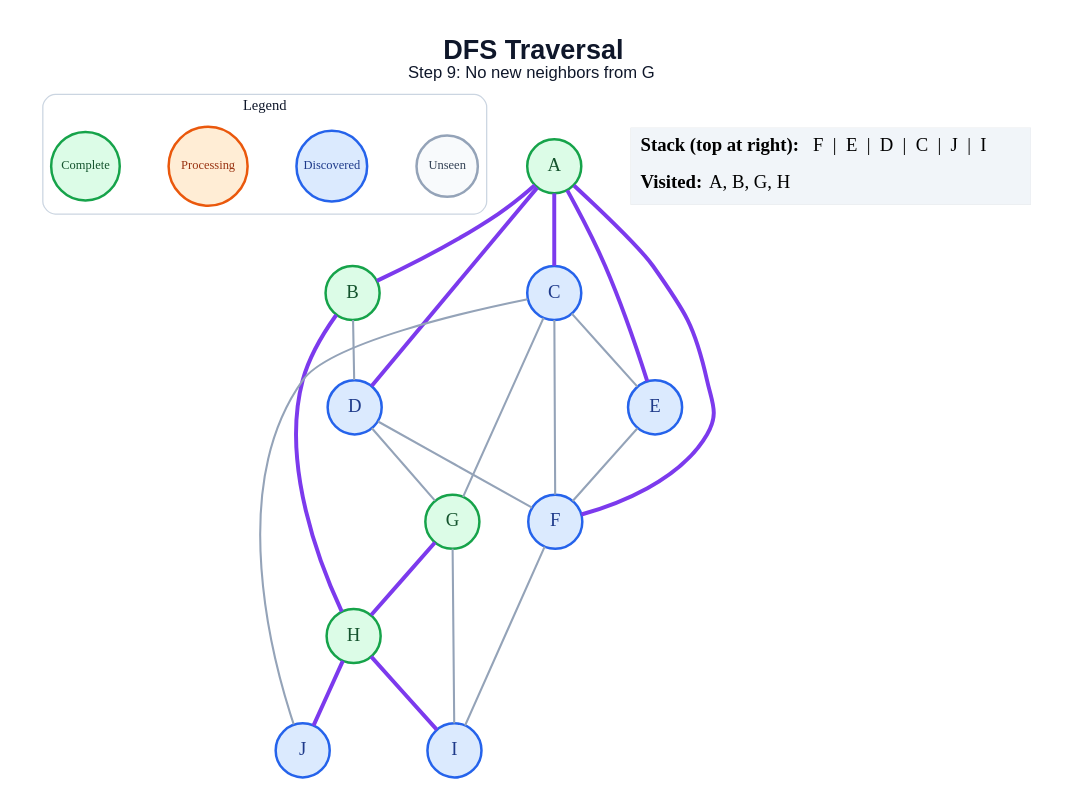
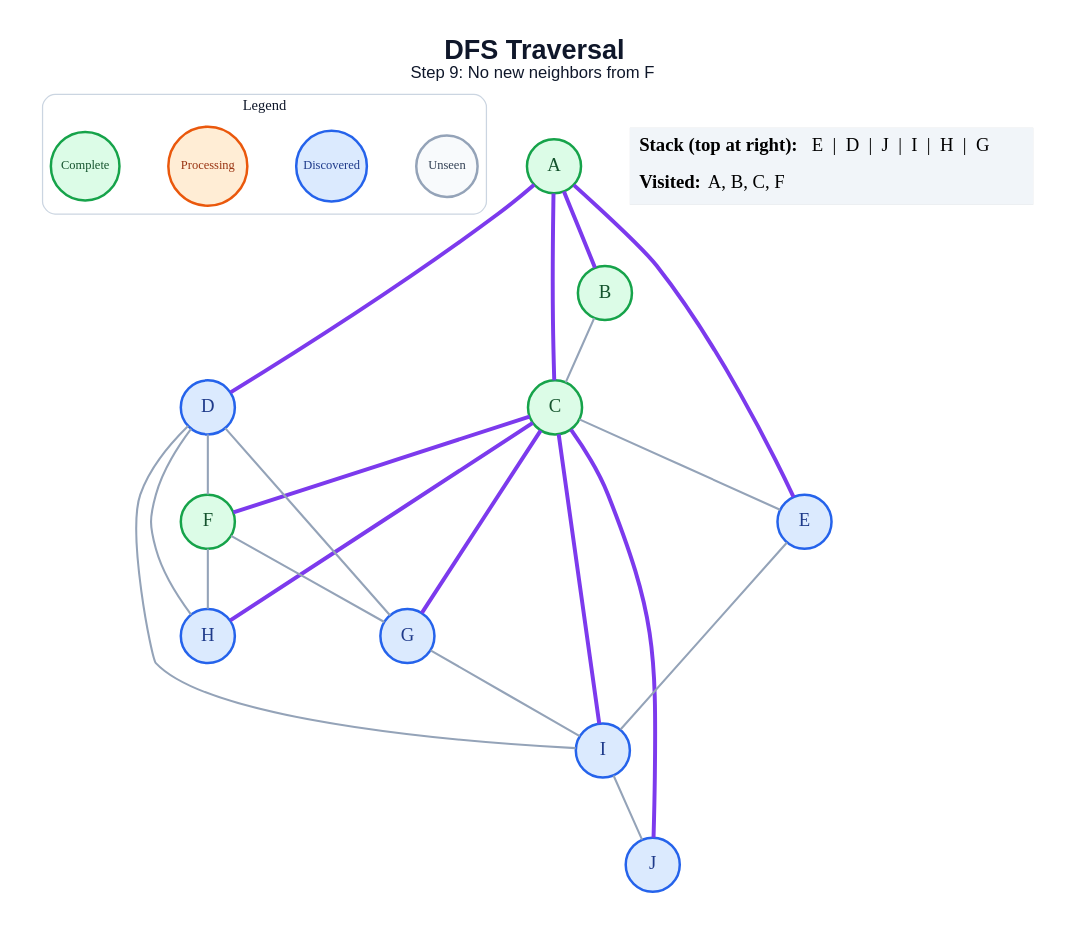
One commit to amanghodawala9/ai-slop changed the diagram in generated/dfs/step_09.dot. Above: the diagram before and after it, drawn with Graphviz. The commit also changed 178 other files, not shown here.

```diff
--- a/generated/dfs/step_09.dot
+++ b/generated/dfs/step_09.dot
@@ -1,48 +1,49 @@
 graph traversal {
   graph [layout=dot, rankdir=TB, bgcolor="#FFFFFF", pad="0.35", nodesep="0.65", ranksep="0.8", fontname="Arial"];
   node [shape=circle, style="filled", fontname="Arial Bold", fontsize=18, width=0.72, fixedsize=true, penwidth=2.4];
   edge [color="#94A3B8", penwidth=2.0];
-  label=<<B>DFS Traversal</B><BR/><FONT POINT-SIZE="16">Step 9: No new neighbors from G</FONT>>; labelloc="t"; fontsize=26; fontname="Arial"; fontcolor="#0F172A";
+  label=<<B>DFS Traversal</B><BR/><FONT POINT-SIZE="16">Step 9: No new neighbors from F</FONT>>; labelloc="t"; fontsize=26; fontname="Arial"; fontcolor="#0F172A";
   subgraph cluster_legend { label="Legend"; color="#CBD5E1"; penwidth=1.2; style="rounded"; fontsize=14; fontname="Arial Bold";
     key_unseen [label="Unseen", fillcolor="#F8FAFC", color="#94A3B8", fontcolor="#334155", fontsize=12, width=0.82];
     key_frontier [label="Discovered", fillcolor="#DBEAFE", color="#2563EB", fontcolor="#1E3A8A", fontsize=12, width=0.95];
     key_current [label="Processing", fillcolor="#FFEDD5", color="#EA580C", fontcolor="#9A3412", fontsize=12, width=1.05];
     key_done [label="Complete", fillcolor="#DCFCE7", color="#16A34A", fontcolor="#14532D", fontsize=12, width=0.92];
     { rank=same; key_unseen; key_frontier; key_current; key_done; }
   }
   A [fillcolor="#DCFCE7", color="#16A34A", fontcolor="#14532D"];
   B [fillcolor="#DCFCE7", color="#16A34A", fontcolor="#14532D"];
-  C [fillcolor="#DBEAFE", color="#2563EB", fontcolor="#1E3A8A"];
+  C [fillcolor="#DCFCE7", color="#16A34A", fontcolor="#14532D"];
   D [fillcolor="#DBEAFE", color="#2563EB", fontcolor="#1E3A8A"];
   E [fillcolor="#DBEAFE", color="#2563EB", fontcolor="#1E3A8A"];
-  F [fillcolor="#DBEAFE", color="#2563EB", fontcolor="#1E3A8A"];
-  G [fillcolor="#DCFCE7", color="#16A34A", fontcolor="#14532D"];
-  H [fillcolor="#DCFCE7", color="#16A34A", fontcolor="#14532D"];
+  F [fillcolor="#DCFCE7", color="#16A34A", fontcolor="#14532D"];
+  G [fillcolor="#DBEAFE", color="#2563EB", fontcolor="#1E3A8A"];
+  H [fillcolor="#DBEAFE", color="#2563EB", fontcolor="#1E3A8A"];
   I [fillcolor="#DBEAFE", color="#2563EB", fontcolor="#1E3A8A"];
   J [fillcolor="#DBEAFE", color="#2563EB", fontcolor="#1E3A8A"];
   A -- B [color="#7C3AED", penwidth=3.8];
   A -- C [color="#7C3AED", penwidth=3.8];
   A -- D [color="#7C3AED", penwidth=3.8];
   A -- E [color="#7C3AED", penwidth=3.8];
-  A -- F [color="#7C3AED", penwidth=3.8];
-  B -- D;
-  B -- H [color="#7C3AED", penwidth=3.8];
+  B -- C;
   C -- E;
-  C -- F;
-  C -- G;
-  C -- J;
+  C -- F [color="#7C3AED", penwidth=3.8];
+  C -- G [color="#7C3AED", penwidth=3.8];
+  C -- H [color="#7C3AED", penwidth=3.8];
+  C -- I [color="#7C3AED", penwidth=3.8];
+  C -- J [color="#7C3AED", penwidth=3.8];
   D -- F;
   D -- G;
-  E -- F;
-  F -- I;
-  G -- H [color="#7C3AED", penwidth=3.8];
+  D -- H;
+  D -- I;
+  E -- I;
+  F -- G;
+  F -- H;
   G -- I;
-  H -- I [color="#7C3AED", penwidth=3.8];
-  H -- J [color="#7C3AED", penwidth=3.8];
+  I -- J;
   status [shape=plain, fixedsize=false, width=0, height=0, margin=0, label=<
     <TABLE BORDER="0" CELLBORDER="0" CELLPADDING="7" BGCOLOR="#F1F5F9">
-      <TR><TD ALIGN="LEFT"><B>Stack (top at right):</B> F  |  E  |  D  |  C  |  J  |  I</TD></TR>
-      <TR><TD ALIGN="LEFT"><B>Visited:</B> A, B, G, H</TD></TR>
+      <TR><TD ALIGN="LEFT"><B>Stack (top at right):</B> E  |  D  |  J  |  I  |  H  |  G</TD></TR>
+      <TR><TD ALIGN="LEFT"><B>Visited:</B> A, B, C, F</TD></TR>
     </TABLE>
   >];
 }
```
